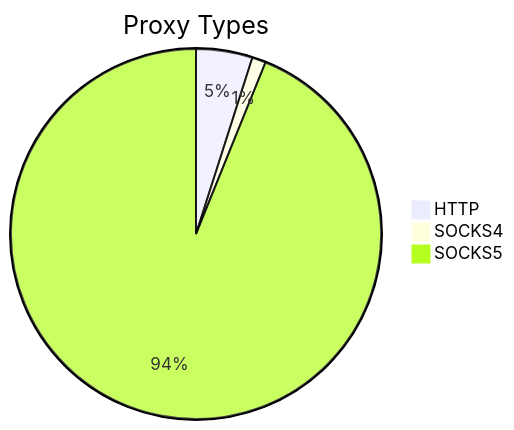
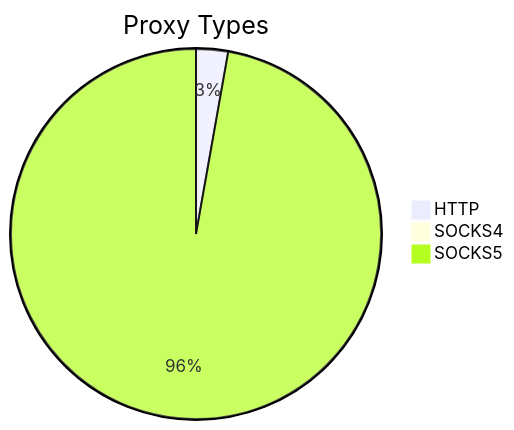
The first of 2 diagrams in README.md (stormsia/proxy-list), drawn with Mermaid before and after one commit. The commit also changed other lines of this file, not shown here.

````diff
--- a/README.md
+++ b/README.md
@@ -21,6 +21,6 @@
 ```mermaid
 pie title Proxy Types
-    "HTTP" : 115
-    "SOCKS4" : 28
-    "SOCKS5" : 2192
+    "HTTP" : 73
+    "SOCKS4" : 21
+    "SOCKS5" : 2545
 ```
````
